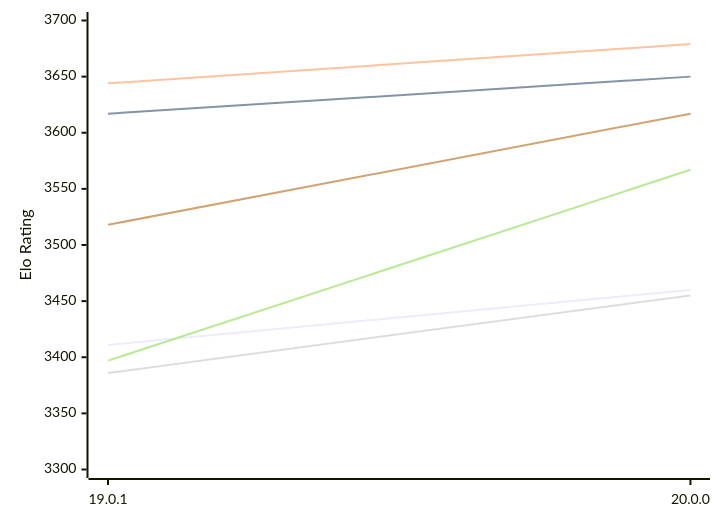
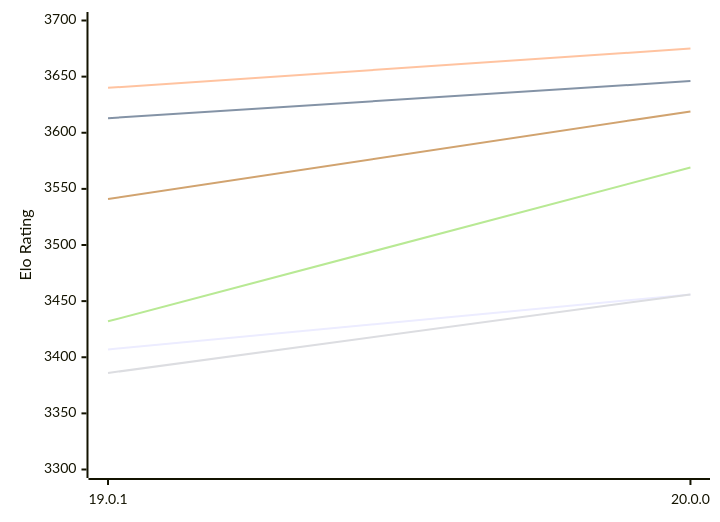
Before and after one commit to computer-chess-index/cci: the first of 2 diagrams in engines/Viridithas.md, drawn with Mermaid. The commit also changed other lines of this file, not shown here.

Commit message:
Update CCI Ratings (ELO VLTC) - 2026-11-21

````diff
--- a/engines/Viridithas.md
+++ b/engines/Viridithas.md
@@ -58,12 +58,12 @@
 ```mermaid
 %%{init: {"theme":"base","themeVariables":{"seriesColors:['#a3a3a3','#222221','#faa371']}}}%%
 xychart-beta
   x-axis ["19.0.1", "20.0.0"]
   y-axis "Elo Rating" 3300 --> 3700
-  line "E1: STC (8.0+0.08s)" [3411, 3460]
-  line "E1: LTC (60.0+0.60s)" [3617, 3650]
-  line "E1: VLTC (2m24s+1.12s)" [3644, 3679]
-  line "P1: STC (8.0+0.08s)" [3386, 3455]
-  line "P1: LTC (60.0+0.60s)" [3397, 3567]
-  line "P1: VLTC (2m24s+1.12s)" [3518, 3617]
+  line "E1: STC (8.0+0.08s)" [3407, 3456]
+  line "E1: LTC (60.0+0.60s)" [3613, 3646]
+  line "E1: VLTC (2m24s+1.12s)" [3640, 3675]
+  line "P1: STC (8.0+0.08s)" [3386, 3456]
+  line "P1: LTC (60.0+0.60s)" [3432, 3569]
+  line "P1: VLTC (2m24s+1.12s)" [3541, 3619]
 ```
````
